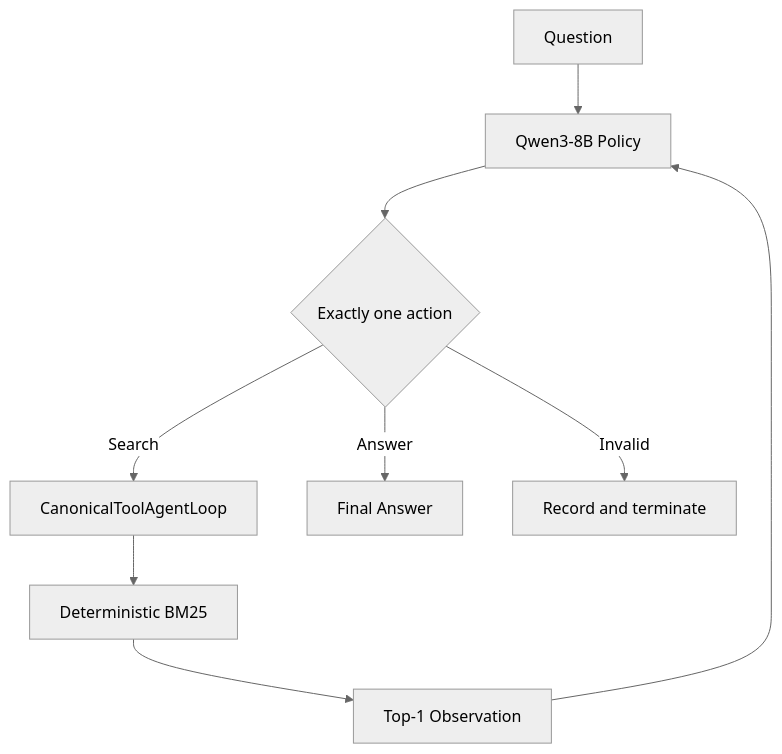
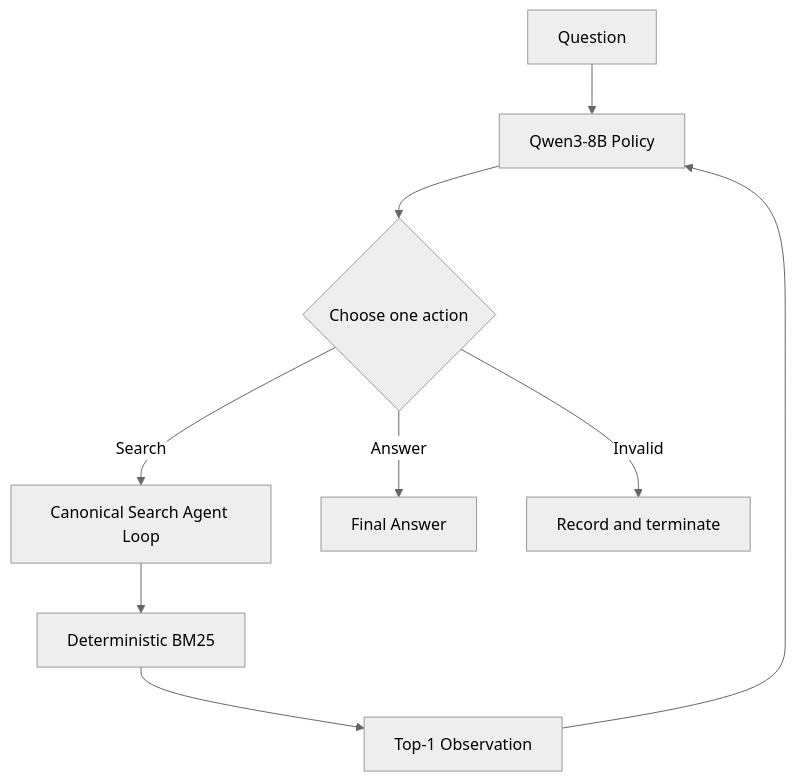
One commit to Idiotyevsky/EfficientTool-RL changed the first of 2 diagrams in README.md. Above: the diagram before and after it, drawn with Mermaid (neutral theme). The commit also changed other lines of this file and 1 other file, not shown here.

Commit message:
docs: tighten search-agent research narrative

````diff
--- a/README.md
+++ b/README.md
@@ -51,11 +74,11 @@
 ```mermaid
 flowchart TD
     Q[Question] --> P[Qwen3-8B Policy]
-    P --> A{Exactly one action}
-    A -->|Search| C[CanonicalToolAgentLoop]
+    P --> A{Choose one action}
+    A -->|Search| C[Canonical Search Agent Loop]
     C --> B[Deterministic BM25]
     B --> O[Top-1 Observation]
     O --> P
     A -->|Answer| F[Final Answer]
     A -->|Invalid| X[Record and terminate]
 ```
````
